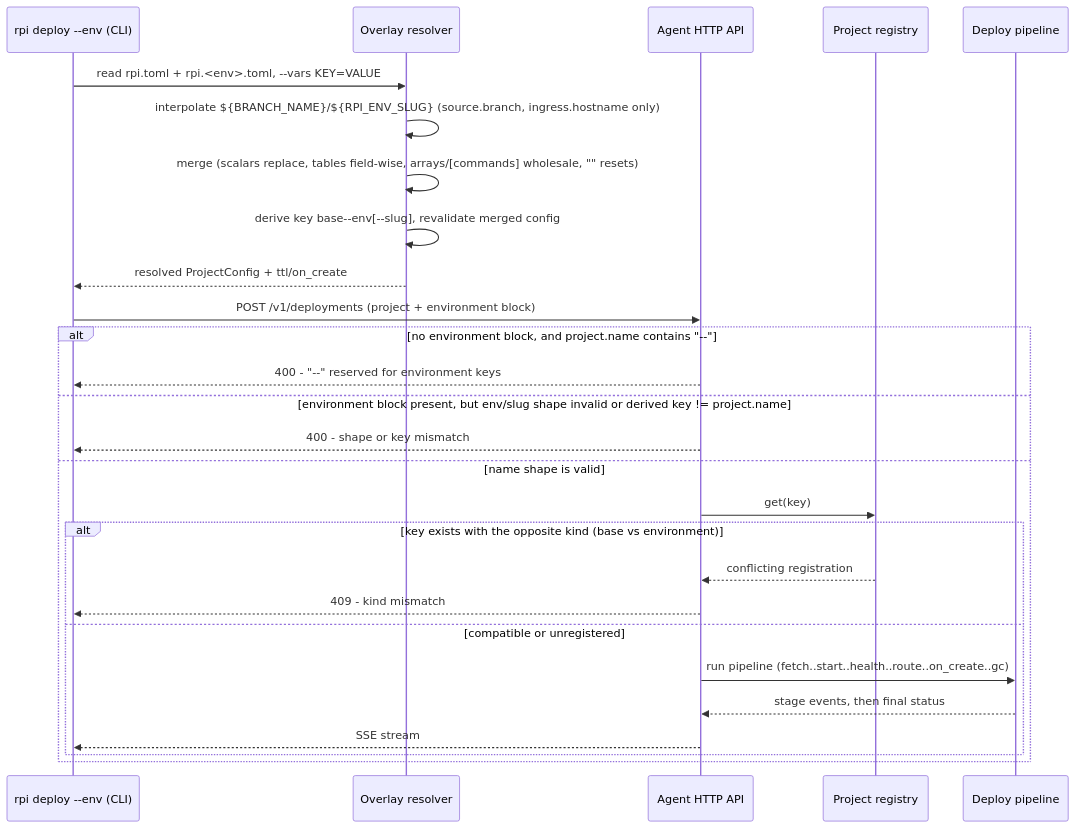
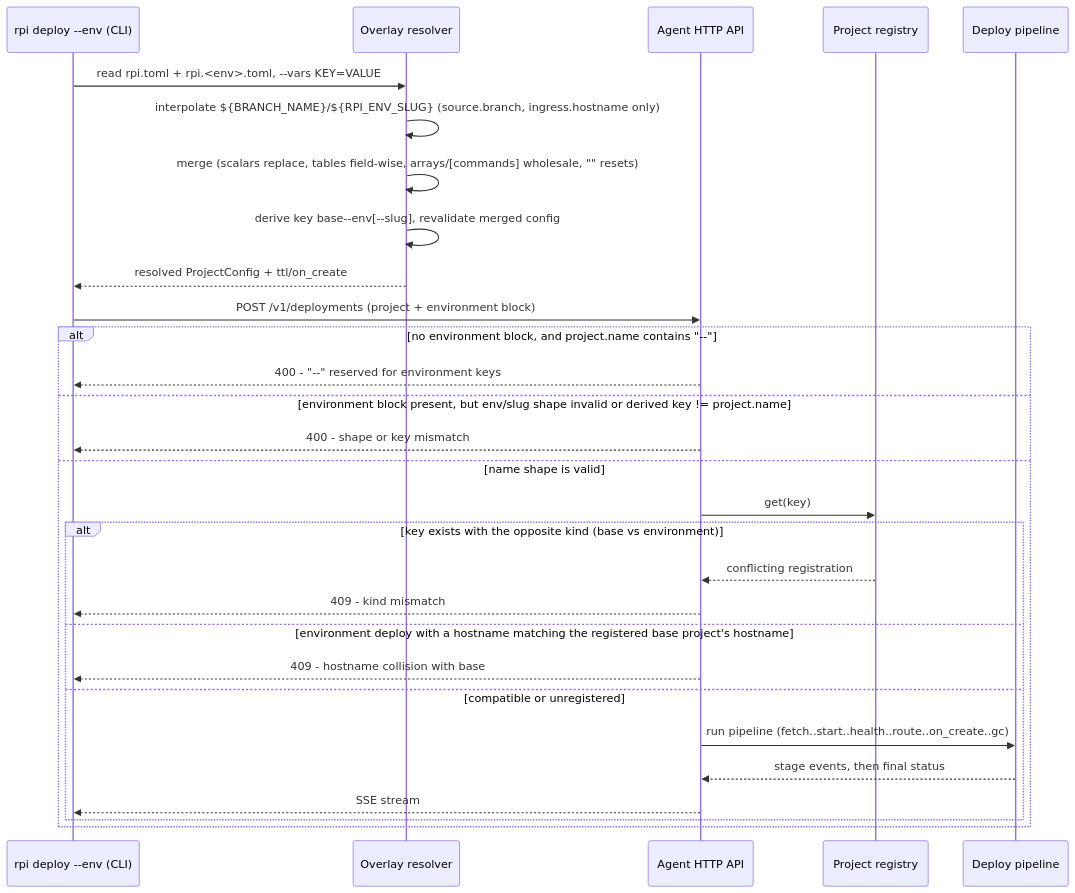
The first of 2 diagrams in docs/architecture/flows/environments.md (khmilevoi/rpi-deploy), drawn with Mermaid before and after one commit. The commit also changed other lines of this file and 2 other files, not shown here.

````diff
--- a/docs/architecture/flows/environments.md
+++ b/docs/architecture/flows/environments.md
@@ -15,30 +15,32 @@
 ```mermaid
 sequenceDiagram
     participant CLI as rpi deploy --env (CLI)
     participant Ovl as Overlay resolver
     participant API as Agent HTTP API
     participant Reg as Project registry
     participant P as Deploy pipeline
 
     CLI->>Ovl: read rpi.toml + rpi.<env>.toml, --vars KEY=VALUE
     Ovl->>Ovl: interpolate ${BRANCH_NAME}/${RPI_ENV_SLUG} (source.branch, ingress.hostname only)
     Ovl->>Ovl: merge (scalars replace, tables field-wise, arrays/[commands] wholesale, "" resets)
     Ovl->>Ovl: derive key base--env[--slug], revalidate merged config
     Ovl-->>CLI: resolved ProjectConfig + ttl/on_create
     CLI->>API: POST /v1/deployments (project + environment block)
     alt no environment block, and project.name contains "--"
         API-->>CLI: 400 - "--" reserved for environment keys
     else environment block present, but env/slug shape invalid or derived key != project.name
         API-->>CLI: 400 - shape or key mismatch
     else name shape is valid
         API->>Reg: get(key)
         alt key exists with the opposite kind (base vs environment)
             Reg-->>API: conflicting registration
             API-->>CLI: 409 - kind mismatch
+        else environment deploy with a hostname matching the registered base project's hostname
+            API-->>CLI: 409 - hostname collision with base
         else compatible or unregistered
             API->>P: run pipeline (fetch..start..health..route..on_create..gc)
             P-->>API: stage events, then final status
             API-->>CLI: SSE stream
         end
     end
 ```
````
